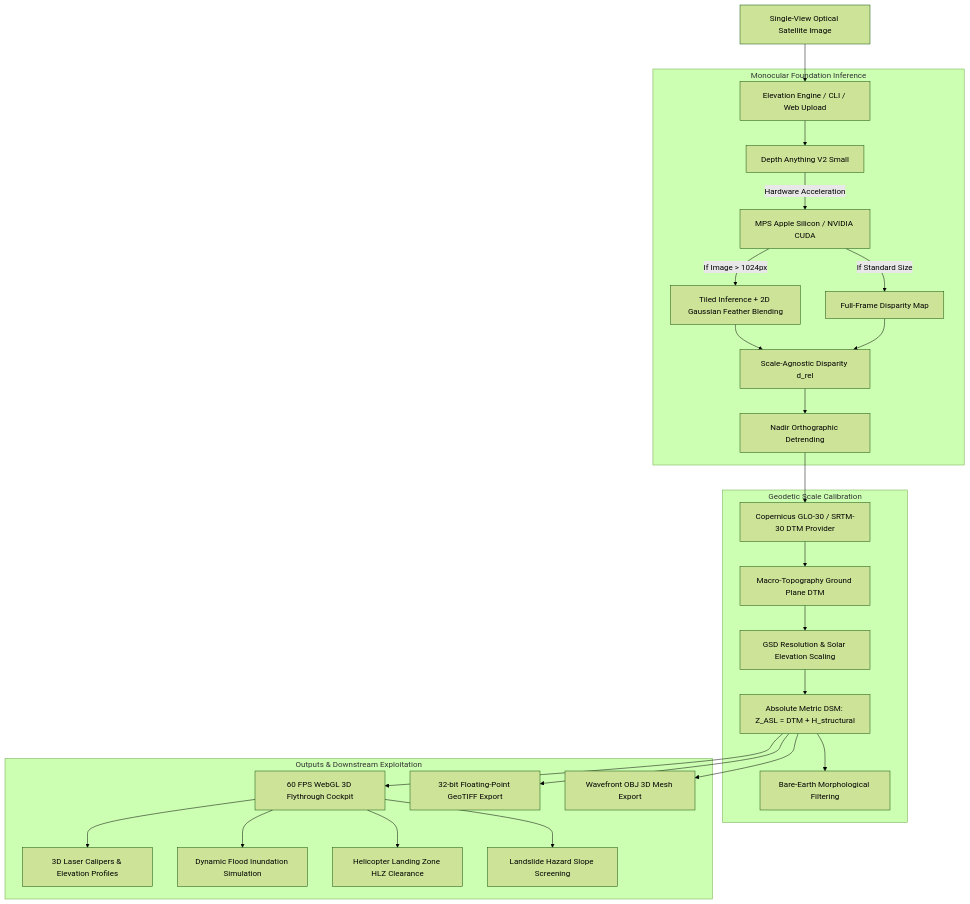
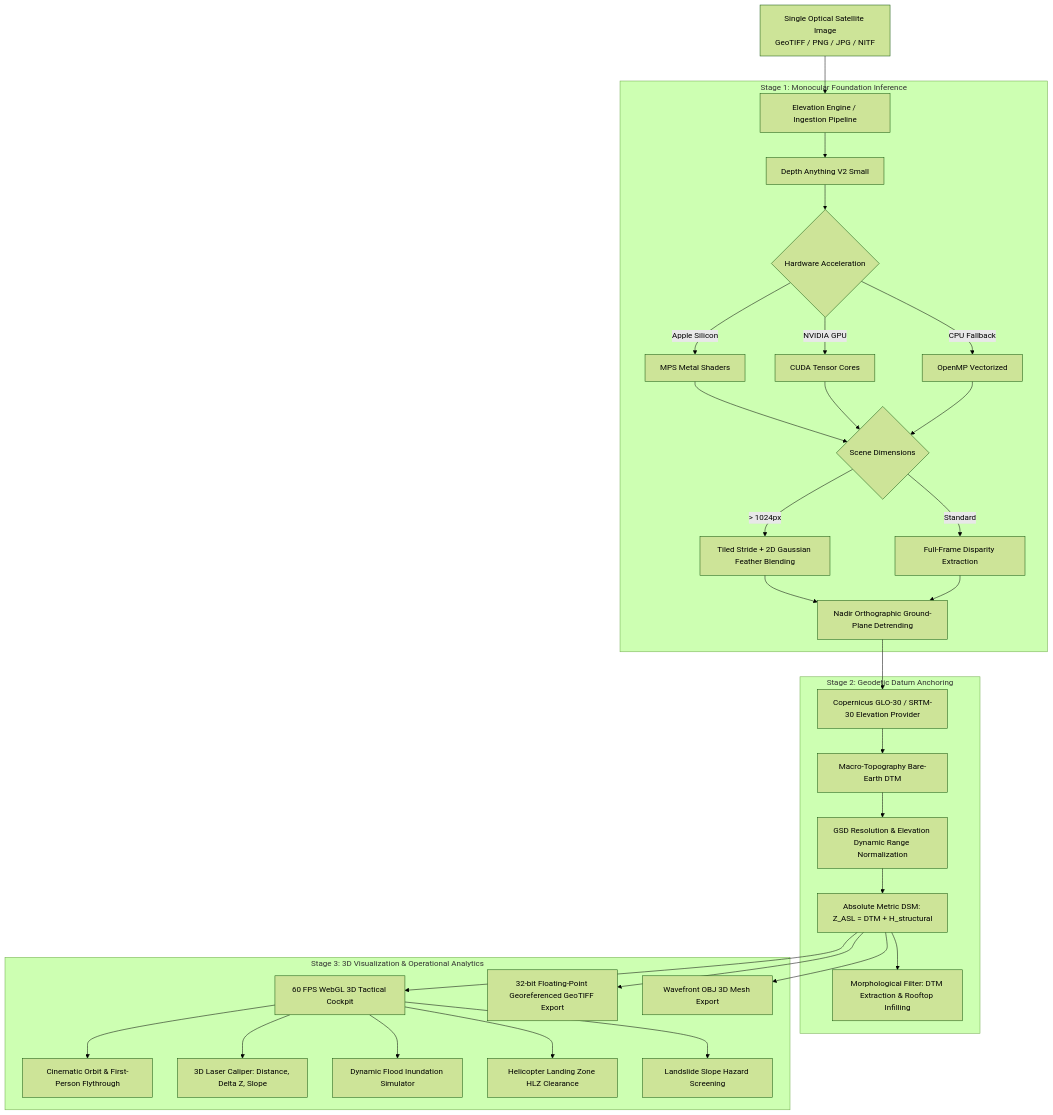
One commit to prudhviraj0310/SIH26175-ISRO-DepthWizard changed the diagram in README.md. Above: the diagram before and after it, drawn with Mermaid (forest theme). The commit also changed other lines of this file, not shown here.

Commit message:
docs: modernize README with rigorous geodetic specs, clean LaTeX, and technical benchmark audit

````diff
--- a/README.md
+++ b/README.md
@@ -67,32 +35,35 @@
 ```mermaid
 graph TD
-    A[Single-View Optical Satellite Image] --> B[Elevation Engine / CLI / Web Upload]
+    A[Single Optical Satellite Image<br/>GeoTIFF / PNG / JPG / NITF] --> B[Elevation Engine / Ingestion Pipeline]
     
-    subgraph AI_Backbone [Monocular Foundation Inference]
+    subgraph Monocular_Backbone [Stage 1: Monocular Foundation Inference]
         B --> C[Depth Anything V2 Small]
-        C -->|Hardware Acceleration| D[MPS Apple Silicon / NVIDIA CUDA]
-        D -->|If Image > 1024px| E[Tiled Inference + 2D Gaussian Feather Blending]
-        D -->|If Standard Size| F[Full-Frame Disparity Map]
-        E --> G[Scale-Agnostic Disparity d_rel]
-        F --> G
-        G --> H[Nadir Orthographic Detrending]
+        C --> D{Hardware Acceleration}
+        D -->|Apple Silicon| D1[MPS Metal Shaders]
+        D -->|NVIDIA GPU| D2[CUDA Tensor Cores]
+        D -->|CPU Fallback| D3[OpenMP Vectorized]
+        D1 & D2 & D3 --> E{Scene Dimensions}
+        E -->|> 1024px| F[Tiled Stride + 2D Gaussian Feather Blending]
+        E -->|Standard| G[Full-Frame Disparity Extraction]
+        F & G --> H[Nadir Orthographic Ground-Plane Detrending]
     end
 
-    subgraph Scale_Calibration [Geodetic Scale Calibration]
-        H --> I[Copernicus GLO-30 / SRTM-30 DTM Provider]
-        I --> J[Macro-Topography Ground Plane DTM]
-        J --> K[GSD Resolution & Solar Elevation Scaling]
+    subgraph Geodetic_Calibration [Stage 2: Geodetic Datum Anchoring]
+        H --> I[Copernicus GLO-30 / SRTM-30 Elevation Provider]
+        I --> J[Macro-Topography Bare-Earth DTM]
+        J --> K[GSD Resolution & Elevation Dynamic Range Normalization]
         K --> L[Absolute Metric DSM: Z_ASL = DTM + H_structural]
-        L --> M[Bare-Earth Morphological Filtering]
+        L --> M[Morphological Filter: DTM Extraction & Rooftop Infilling]
     end
 
-    subgraph Downstream_Outputs [Outputs & Downstream Exploitation]
-        L --> N[60 FPS WebGL 3D Flythrough Cockpit]
-        N --> O[3D Laser Calipers & Elevation Profiles]
-        N --> P[Dynamic Flood Inundation Simulation]
-        N --> Q[Helicopter Landing Zone HLZ Clearance]
-        N --> R[Landslide Hazard Slope Screening]
-        L --> S[32-bit Floating-Point GeoTIFF Export]
-        L --> T[Wavefront OBJ 3D Mesh Export]
+    subgraph Interactive_Exploitation [Stage 3: 3D Visualization & Operational Analytics]
+        L --> N[60 FPS WebGL 3D Tactical Cockpit]
+        N --> O[Cinematic Orbit & First-Person Flythrough]
+        N --> P[3D Laser Caliper: Distance, Delta Z, Slope]
+        N --> Q[Dynamic Flood Inundation Simulator]
+        N --> R[Helicopter Landing Zone HLZ Clearance]
+        N --> S[Landslide Slope Hazard Screening]
+        L --> T[32-bit Floating-Point Georeferenced GeoTIFF Export]
+        L --> U[Wavefront OBJ 3D Mesh Export]
     end
 ```
````
